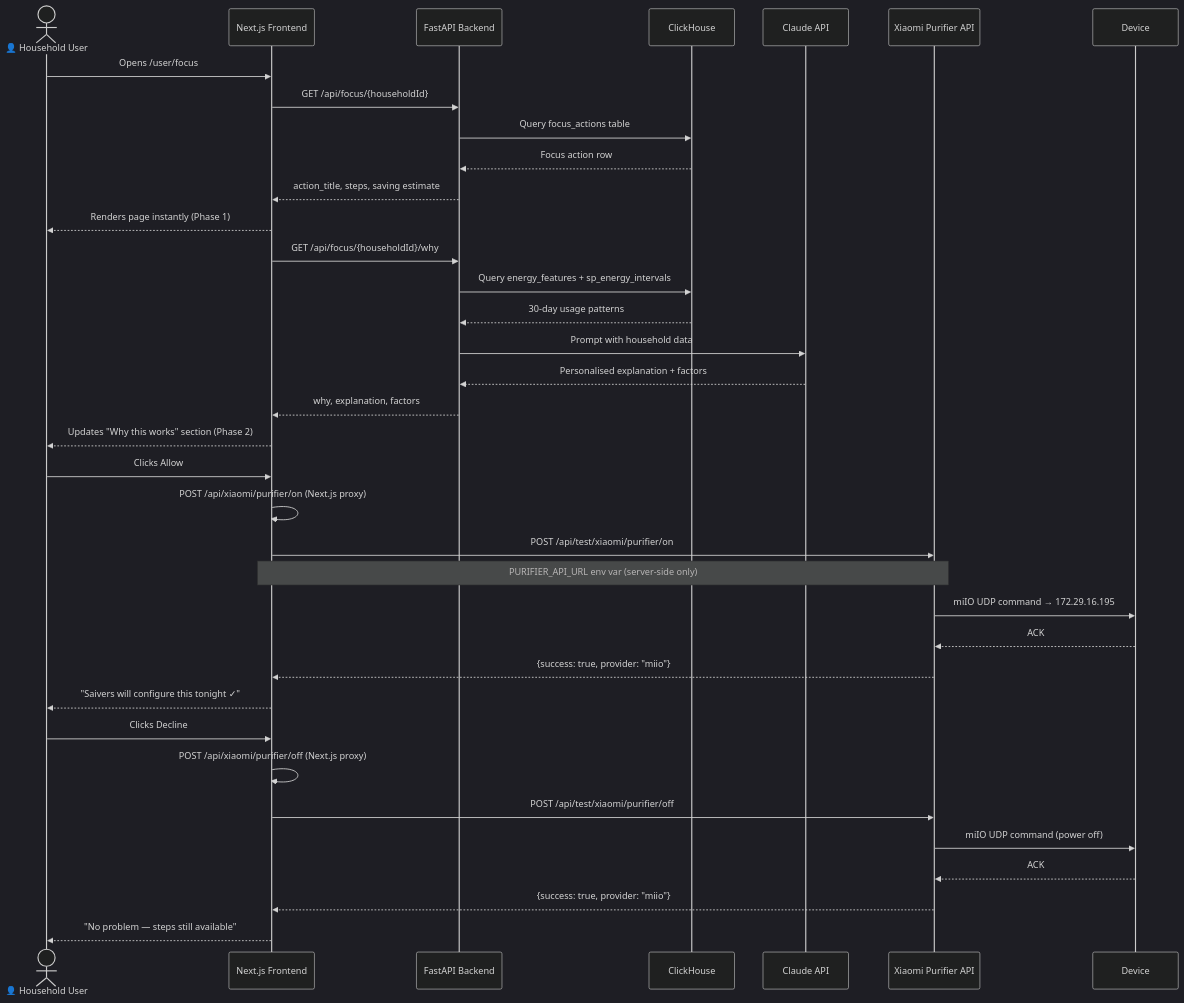
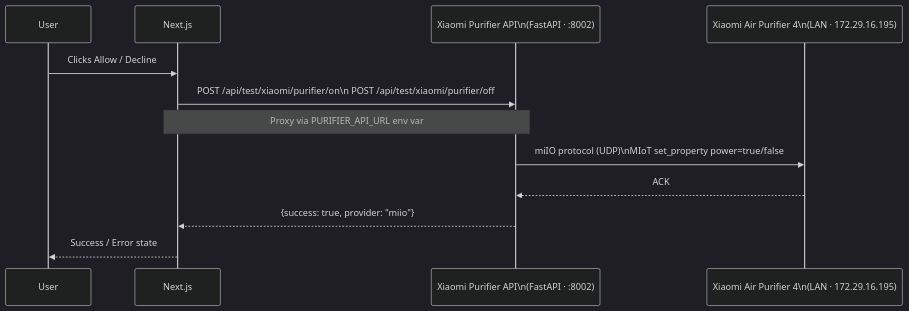
One commit to cenior-sitizen/saivers changed the third of 3 diagrams in docs/architecture/README.md. Above: the diagram before and after it, drawn with Mermaid (dark theme). The commit also changed other lines of this file, not shown here.

Commit message:
docs: simplify architecture diagram — focus on AI, ClickHouse, Xiaomi

````diff
--- a/docs/architecture/README.md
+++ b/docs/architecture/README.md
@@ -119,41 +54,15 @@
 ```mermaid
 sequenceDiagram
-    actor User as 👤 Household User
-    participant FE as Next.js Frontend
-    participant BE as FastAPI Backend
-    participant CH as ClickHouse
-    participant AI as Claude API
-    participant XP as Xiaomi Purifier API
+    participant User
+    participant Next.js
+    participant XiaomiAPI as Xiaomi Purifier API\n(FastAPI · :8002)
+    participant Device as Xiaomi Air Purifier 4\n(LAN · 172.29.16.195)
 
-    User->>FE: Opens /user/focus
-    FE->>BE: GET /api/focus/{householdId}
-    BE->>CH: Query focus_actions table
-    CH-->>BE: Focus action row
-    BE-->>FE: action_title, steps, saving estimate
-    FE-->>User: Renders page instantly (Phase 1)
-
-    FE->>BE: GET /api/focus/{householdId}/why
-    BE->>CH: Query energy_features + sp_energy_intervals
-    CH-->>BE: 30-day usage patterns
-    BE->>AI: Prompt with household data
-    AI-->>BE: Personalised explanation + factors
-    BE-->>FE: why, explanation, factors
-    FE-->>User: Updates "Why this works" section (Phase 2)
-
-    User->>FE: Clicks Allow
-    FE->>FE: POST /api/xiaomi/purifier/on (Next.js proxy)
-    FE->>XP: POST /api/test/xiaomi/purifier/on
-    Note over FE,XP: PURIFIER_API_URL env var (server-side only)
-    XP->>Device: miIO UDP command → 172.29.16.195
-    Device-->>XP: ACK
-    XP-->>FE: {success: true, provider: "miio"}
-    FE-->>User: "Saivers will configure this tonight ✓"
-
-    User->>FE: Clicks Decline
-    FE->>FE: POST /api/xiaomi/purifier/off (Next.js proxy)
-    FE->>XP: POST /api/test/xiaomi/purifier/off
-    XP->>Device: miIO UDP command (power off)
-    Device-->>XP: ACK
-    XP-->>FE: {success: true, provider: "miio"}
-    FE-->>User: "No problem — steps still available"
+    User->>Next.js: Clicks Allow / Decline
+    Next.js->>XiaomiAPI: POST /api/test/xiaomi/purifier/on\n POST /api/test/xiaomi/purifier/off
+    Note over Next.js,XiaomiAPI: Proxy via PURIFIER_API_URL env var
+    XiaomiAPI->>Device: miIO protocol (UDP)\nMIoT set_property power=true/false
+    Device-->>XiaomiAPI: ACK
+    XiaomiAPI-->>Next.js: {success: true, provider: "miio"}
+    Next.js-->>User: Success / Error state
 ```
````
